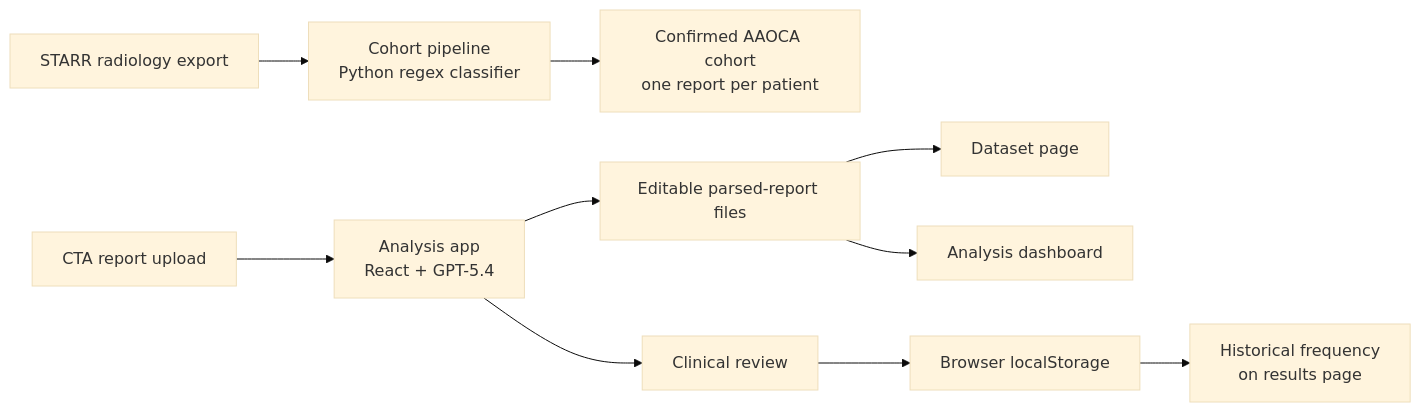
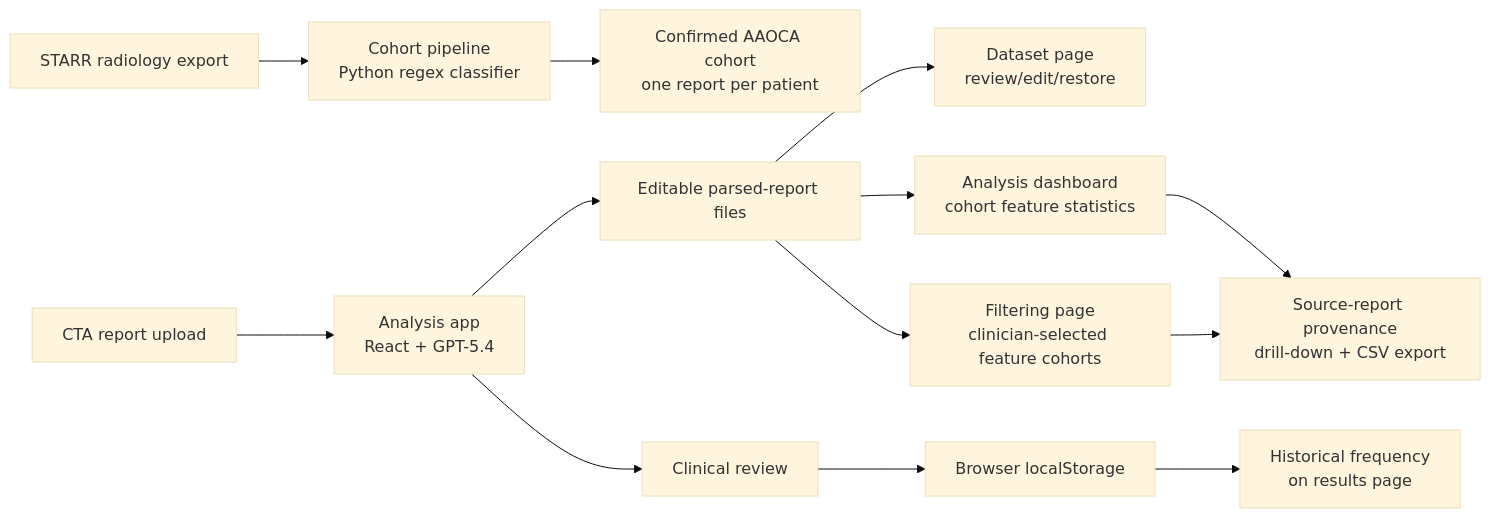
Before and after one commit to nino-triandafilidis/coronary-anomaly-analytics: the first of 3 diagrams in README.md, drawn with Mermaid (base theme). The commit also changed other lines of this file, not shown here.

````diff
--- a/README.md
+++ b/README.md
@@ -14,14 +16,18 @@
 ```mermaid
 flowchart LR
     A[STARR radiology export] --> B[Cohort pipeline<br/>Python regex classifier]
     B --> C[Confirmed AAOCA cohort<br/>one report per patient]
 
     D[CTA report upload] --> E[Analysis app<br/>React + GPT-5.4]
     E --> F[Editable parsed-report files]
-    F --> G[Dataset page]
-    F --> H[Analysis dashboard]
+    F --> G[Dataset page<br/>review/edit/restore]
+    F --> H[Analysis dashboard<br/>cohort feature statistics]
+    F --> L[Filtering page<br/>clinician-selected feature cohorts]
 
     E --> I[Clinical review]
     I --> J[Browser localStorage]
     J --> K[Historical frequency<br/>on results page]
+
+    H --> M[Source-report provenance<br/>drill-down + CSV export]
+    L --> M
 ```
````
